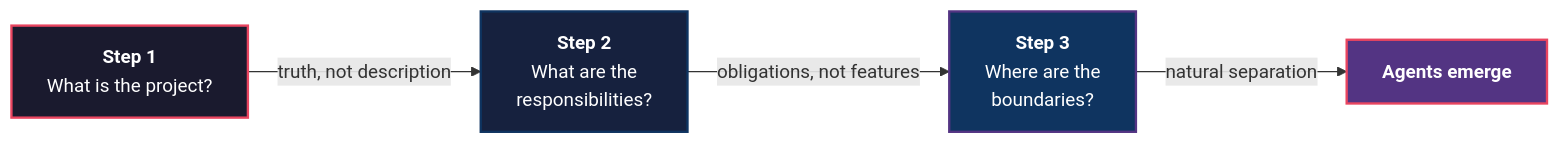
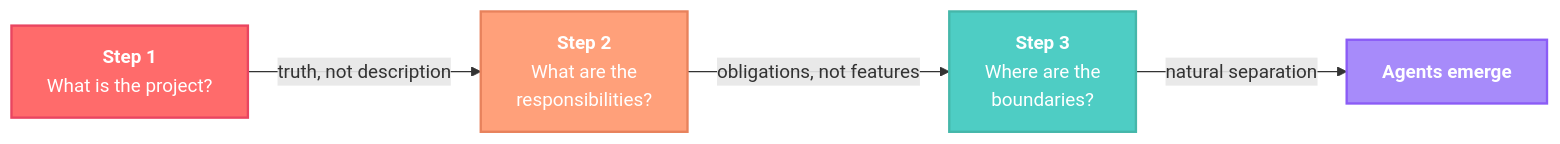
One commit to block3-io/block3-start changed the second of 5 diagrams in README.md. Above: the diagram before and after it, drawn with Mermaid. The commit also changed other lines of this file, not shown here.

Commit message:
Fix diagram colors — lighter palette for readability

````diff
--- a/README.md
+++ b/README.md
@@ -58,16 +58,16 @@
 ```mermaid
 graph LR
     S1["<b>Step 1</b><br/>What is the project?"]
     S2["<b>Step 2</b><br/>What are the<br/>responsibilities?"]
     S3["<b>Step 3</b><br/>Where are the<br/>boundaries?"]
     AG["<b>Agents emerge</b>"]
 
     S1 -->|"truth, not description"| S2
     S2 -->|"obligations, not features"| S3
     S3 -->|"natural separation"| AG
 
-    style S1 fill:#1a1a2e,stroke:#e94560,color:#fff,stroke-width:2px
-    style S2 fill:#16213e,stroke:#0f3460,color:#fff,stroke-width:2px
-    style S3 fill:#0f3460,stroke:#533483,color:#fff,stroke-width:2px
-    style AG fill:#533483,stroke:#e94560,color:#fff,stroke-width:2px
+    style S1 fill:#ff6b6b,stroke:#e94560,color:#fff,stroke-width:2px
+    style S2 fill:#ffa07a,stroke:#e8825c,color:#fff,stroke-width:2px
+    style S3 fill:#4ecdc4,stroke:#45b7aa,color:#fff,stroke-width:2px
+    style AG fill:#a78bfa,stroke:#8b5cf6,color:#fff,stroke-width:2px
 ```
````
